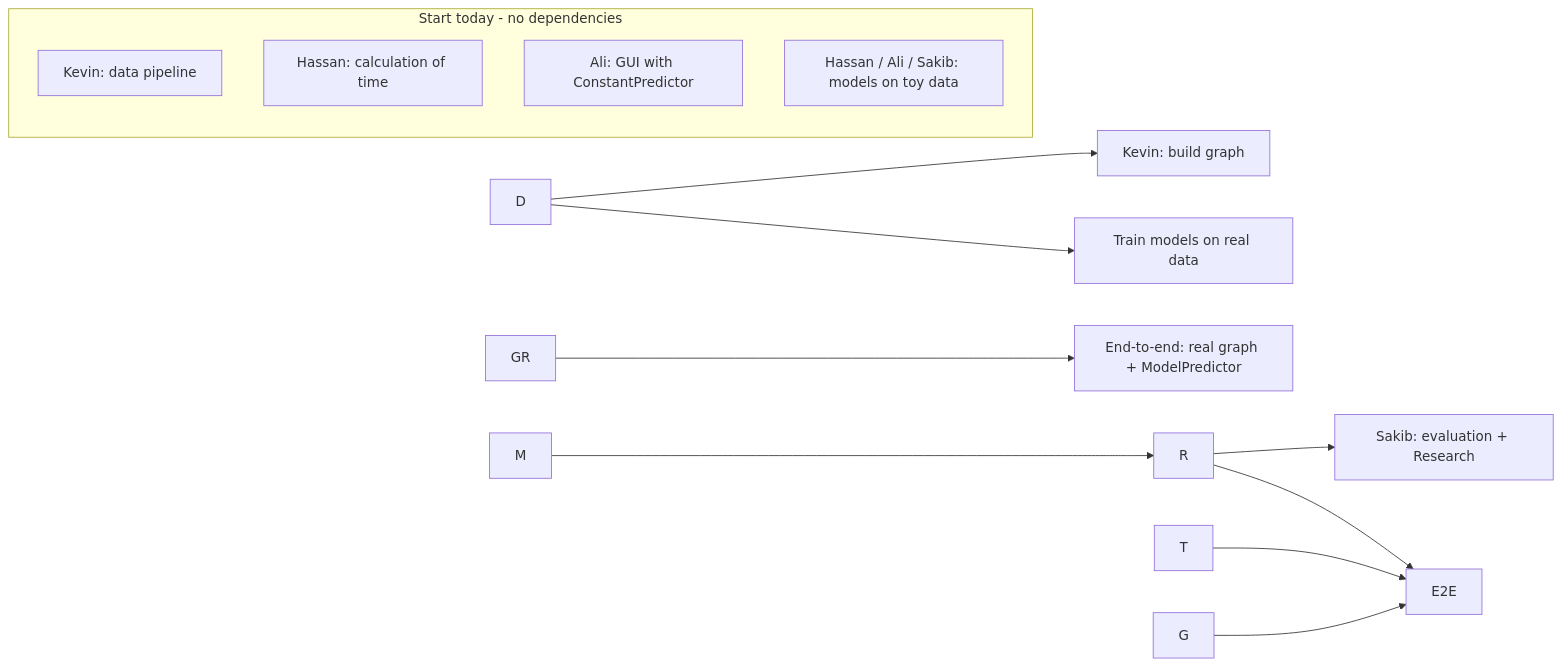
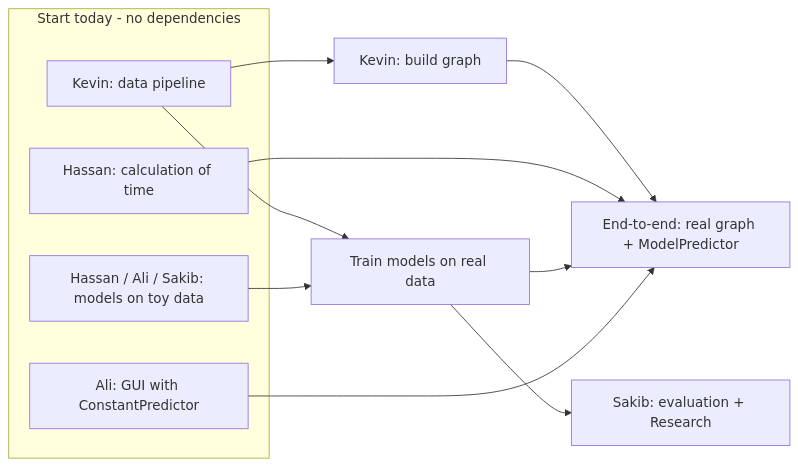
Before and after one commit to KevinRusli/traffic_flow_prediction: the first of 2 diagrams in README.md, drawn with Mermaid. The commit also changed other lines of this file and 12 other files, not shown here.

First line of the commit message:
Tidy Kevin's modules, add data notes, test results and road graph figure

````diff
--- a/README.md
+++ b/README.md
@@ -74,17 +74,17 @@
 ```mermaid
 flowchart LR
-    subgraph today\[Start today - no dependencies]
-        D\[Kevin: data pipeline]
-        T\[Hassan: calculation of time]
-        G\[Ali: GUI with ConstantPredictor]
-        M\[Hassan / Ali / Sakib: models on toy data]
+    subgraph today[Start today - no dependencies]
+        D[Kevin: data pipeline]
+        T[Hassan: calculation of time]
+        G[Ali: GUI with ConstantPredictor]
+        M[Hassan / Ali / Sakib: models on toy data]
     end
-    D --> R\[Train models on real data]
+    D --> R[Train models on real data]
     M --> R
-    D --> GR\[Kevin: build graph]
-    GR --> E2E\[End-to-end: real graph + ModelPredictor]
+    D --> GR[Kevin: build graph]
+    GR --> E2E[End-to-end: real graph + ModelPredictor]
     T --> E2E
     R --> E2E
     G --> E2E
-    R --> EV\[Sakib: evaluation + Research]
+    R --> EV[Sakib: evaluation + Research]
 ```
````
